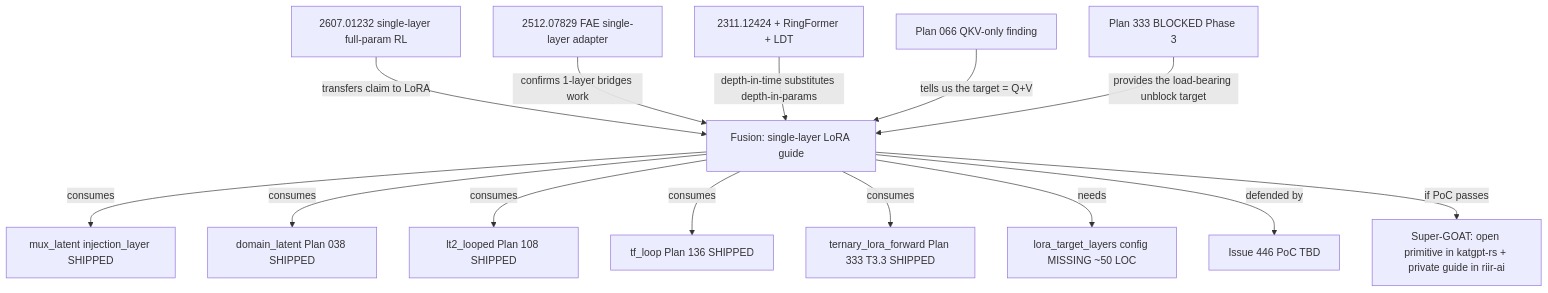
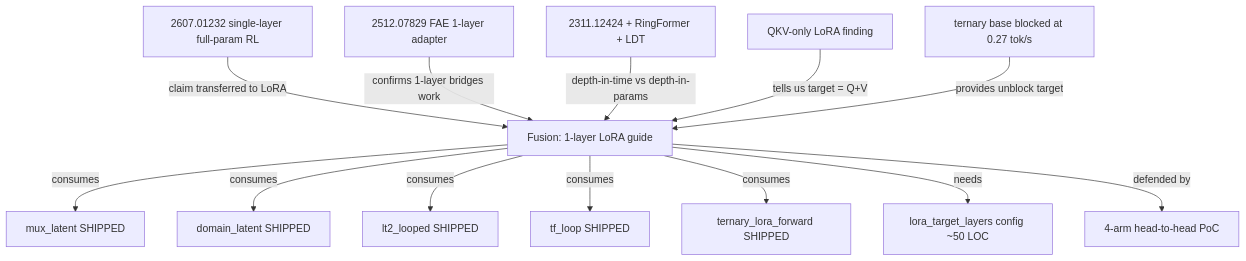
The diagram in .research/477_one_layer_guide_fusion.md (Gxmestk/katgpt-rs), drawn with Mermaid before and after one commit. The commit also changed other lines of this file, not shown here.

First line of the commit message:
docs(research): tighten 477 — own the novelty, drop plan/issue citations, half the length

````diff
--- a/.research/477_one_layer_guide_fusion.md
+++ b/.research/477_one_layer_guide_fusion.md
@@ -140,16 +68,15 @@
 ```mermaid
 graph TD
-    A[2607.01232 single-layer full-param RL] -->|transfers claim to LoRA| F[Fusion: single-layer LoRA guide]
-    B[2512.07829 FAE single-layer adapter] -->|confirms 1-layer bridges work| F
-    C[2311.12424 + RingFormer + LDT] -->|depth-in-time substitutes depth-in-params| F
-    D[Plan 066 QKV-only finding] -->|tells us the target = Q+V| F
-    E[Plan 333 BLOCKED Phase 3] -->|provides the load-bearing unblock target| F
-    F -->|consumes| G[mux_latent injection_layer SHIPPED]
-    F -->|consumes| H[domain_latent Plan 038 SHIPPED]
-    F -->|consumes| I[lt2_looped Plan 108 SHIPPED]
-    F -->|consumes| J[tf_loop Plan 136 SHIPPED]
-    F -->|consumes| K[ternary_lora_forward Plan 333 T3.3 SHIPPED]
-    F -->|needs| L[lora_target_layers config MISSING ~50 LOC]
-    F -->|defended by| M[Issue 446 PoC TBD]
-    F -->|if PoC passes| N[Super-GOAT: open primitive in katgpt-rs + private guide in riir-ai]
+    A[2607.01232 single-layer full-param RL] -->|claim transferred to LoRA| F[Fusion: 1-layer LoRA guide]
+    B[2512.07829 FAE 1-layer adapter] -->|confirms 1-layer bridges work| F
+    C[2311.12424 + RingFormer + LDT] -->|depth-in-time vs depth-in-params| F
+    D[QKV-only LoRA finding] -->|tells us target = Q+V| F
+    E[ternary base blocked at 0.27 tok/s] -->|provides unblock target| F
+    F -->|consumes| G[mux_latent SHIPPED]
+    F -->|consumes| H[domain_latent SHIPPED]
+    F -->|consumes| I[lt2_looped SHIPPED]
+    F -->|consumes| J[tf_loop SHIPPED]
+    F -->|consumes| K[ternary_lora_forward SHIPPED]
+    F -->|needs| L[lora_target_layers config ~50 LOC]
+    F -->|defended by| M[4-arm head-to-head PoC]
 ```
````
